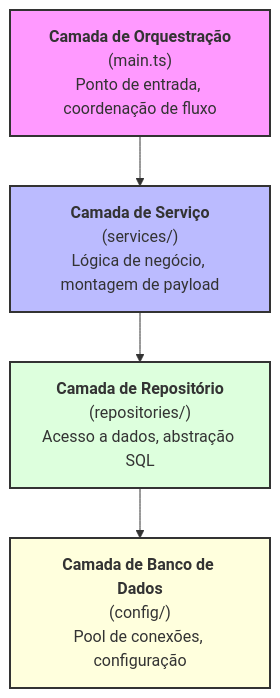
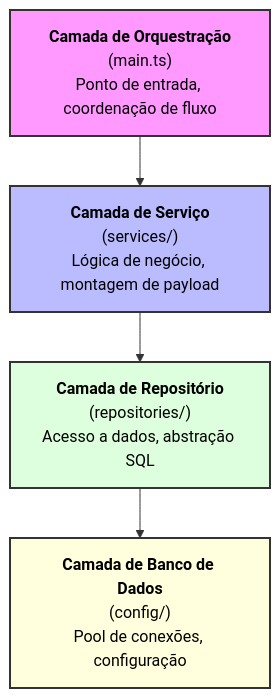
The diagram in README.md (BAdeola/fullcash-360-webhook-bridge), drawn with Mermaid before and after one commit. The commit also changed 1 other file, not shown here.

Commit message:
style: "changing the color font of the memaid graph at README file"

````diff
--- a/README.md
+++ b/README.md
@@ -35,16 +35,16 @@
 ```mermaid
 graph TD
     A["<b>Camada de Orquestração</b><br/>(main.ts)<br/>Ponto de entrada, coordenação de fluxo"]
     B["<b>Camada de Serviço</b><br/>(services/)<br/>Lógica de negócio, montagem de payload"]
     C["<b>Camada de Repositório</b><br/>(repositories/)<br/>Acesso a dados, abstração SQL"]
     D["<b>Camada de Banco de Dados</b><br/>(config/)<br/>Pool de conexões, configuração"]
 
     A --> B
     B --> C
     C --> D
 
-    style A fill:#f9f,stroke:#333,stroke-width:2px
-    style B fill:#bbf,stroke:#333,stroke-width:2px
-    style C fill:#dfd,stroke:#333,stroke-width:2px
-    style D fill:#ffd,stroke:#333,stroke-width:2px
+    style A fill:#f9f,stroke:#333,stroke-width:2px,color:#000
+    style B fill:#bbf,stroke:#333,stroke-width:2px,color:#000
+    style C fill:#dfd,stroke:#333,stroke-width:2px,color:#000
+    style D fill:#ffd,stroke:#333,stroke-width:2px,color:#000
 ```
````
